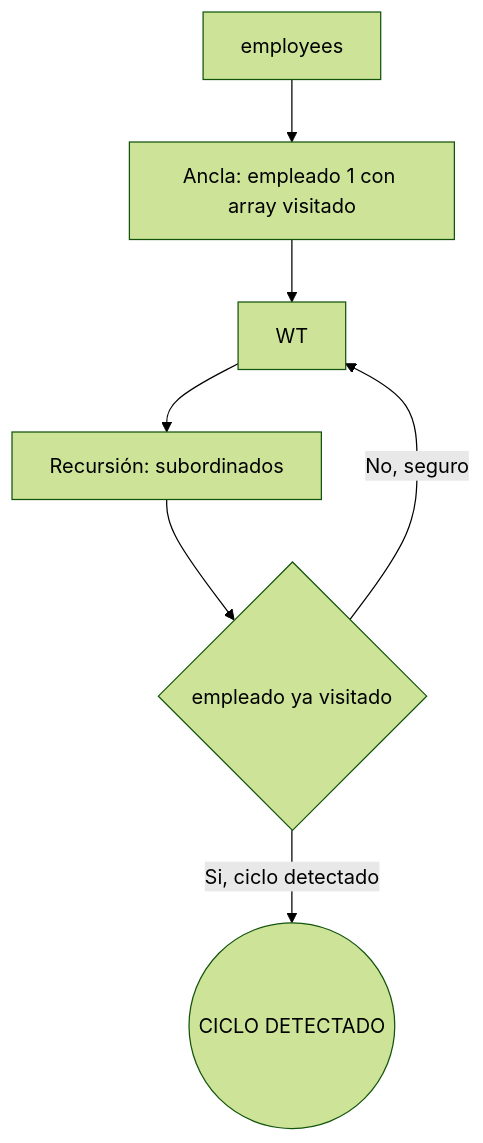
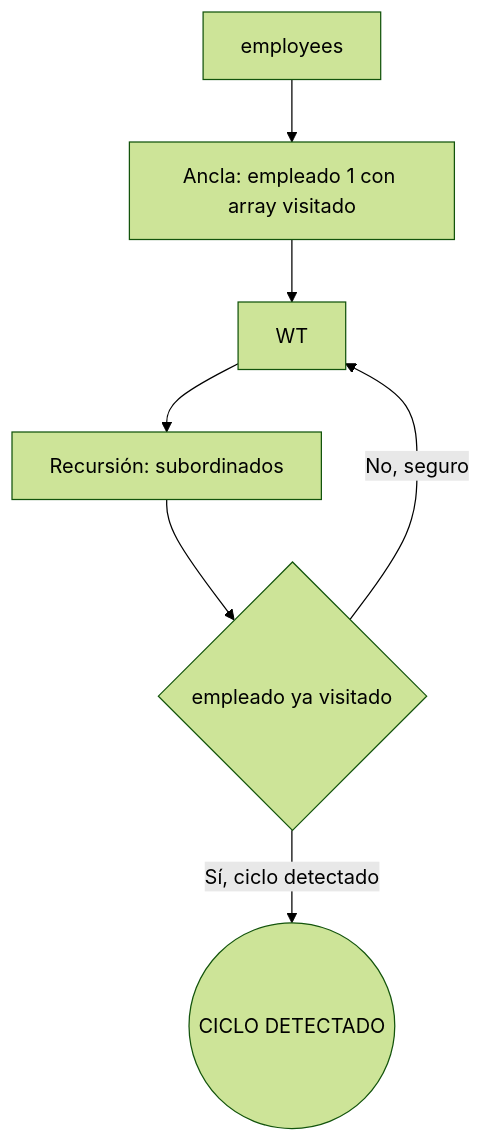
Before and after one commit to Slinkter/ApuntesSQL: diagram 19 of 50 in Lab/Lab01/Ejercicios/3.avanzado.md, drawn with Mermaid (forest theme). The commit also changed other lines of this file and 7 other files, not shown here.

````diff
--- a/Lab/Lab01/Ejercicios/3.avanzado.md
+++ b/Lab/Lab01/Ejercicios/3.avanzado.md
@@ -962,9 +1113,9 @@
 ```mermaid
 flowchart TD
     E[employees] --> A[Ancla: empleado 1 con array visitado]
     A --> WT
     WT --> R[Recursión: subordinados]
     R --> CHECK_CYCLE{empleado ya visitado}
     CHECK_CYCLE -->|No, seguro| WT
-    CHECK_CYCLE -->|Si, ciclo detectado| DETECTED((CICLO DETECTADO))
+    CHECK_CYCLE -->|Sí, ciclo detectado| DETECTED((CICLO DETECTADO))
 ```
````
